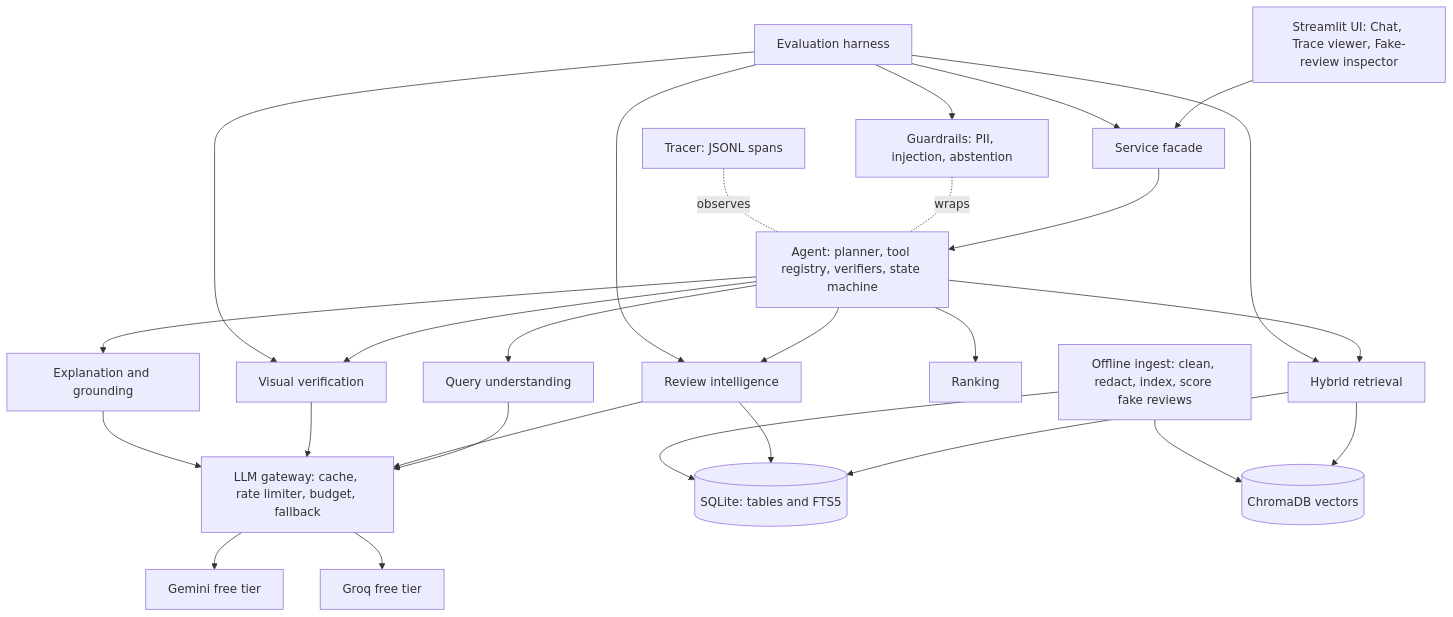
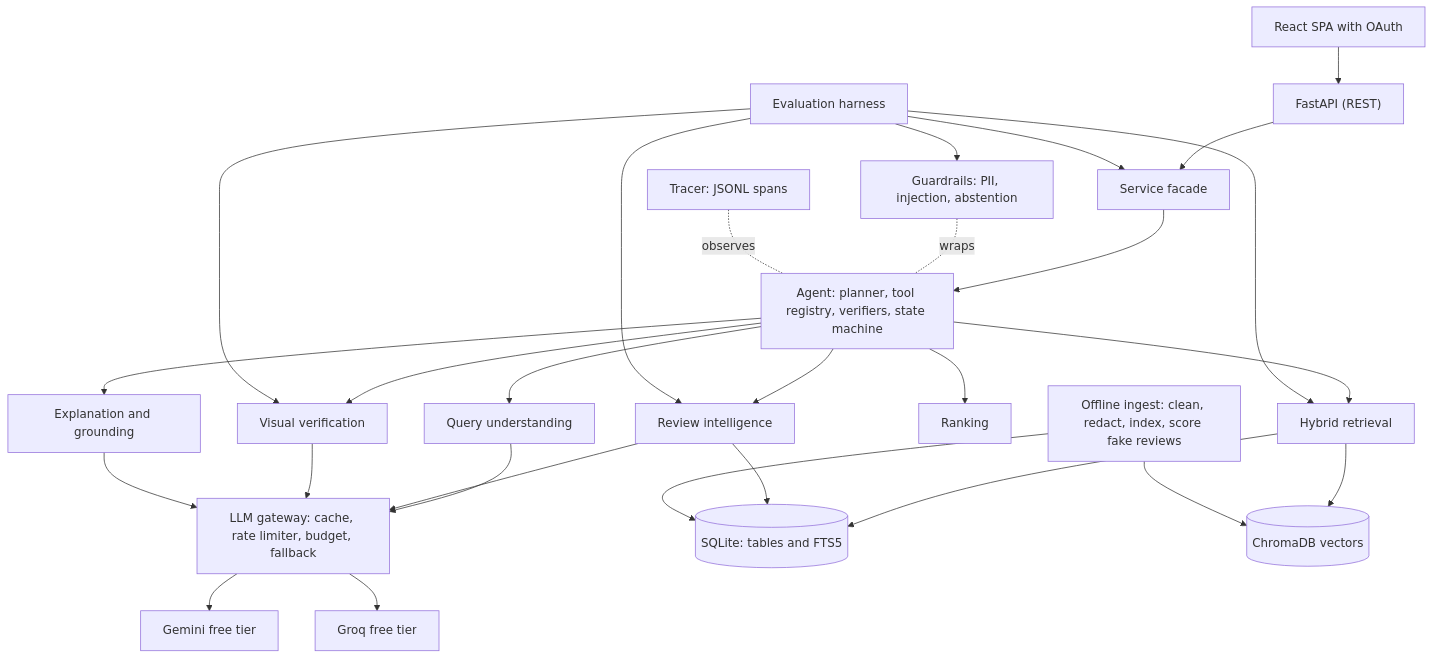
One commit to Raiom007/AI-product-advisor changed the first of 3 diagrams in Docs/ARCHITECTURE.md. Above: the diagram before and after it, drawn with Mermaid. The commit also changed 77 other files, not shown here.

````diff
--- a/Docs/ARCHITECTURE.md
+++ b/Docs/ARCHITECTURE.md
@@ -36,29 +36,29 @@
 ```mermaid
 flowchart TB
-  UI["Streamlit UI: Chat, Trace viewer, Fake-review inspector"] --> SVC["Service facade"]
+  UI["React SPA with OAuth"] --> API["FastAPI (REST)"] --> SVC["Service facade"]
   SVC --> AG["Agent: planner, tool registry, verifiers, state machine"]
   AG --> QU["Query understanding"]
   AG --> RET["Hybrid retrieval"]
   AG --> REV["Review intelligence"]
   AG --> VIS["Visual verification"]
   AG --> RNK["Ranking"]
   AG --> EXP["Explanation and grounding"]
   QU --> GW["LLM gateway: cache, rate limiter, budget, fallback"]
   REV --> GW
   VIS --> GW
   EXP --> GW
   GW --> GEM["Gemini free tier"]
   GW --> GRQ["Groq free tier"]
   RET --> SQL[("SQLite: tables and FTS5")]
   RET --> CH[("ChromaDB vectors")]
   REV --> SQL
   GRD["Guardrails: PII, injection, abstention"] -.wraps.- AG
   TRC["Tracer: JSONL spans"] -.observes.- AG
   ING["Offline ingest: clean, redact, index, score fake reviews"] --> SQL
   ING --> CH
   EVAL["Evaluation harness"] --> SVC
   EVAL --> RET
   EVAL --> REV
   EVAL --> VIS
   EVAL --> GRD
 ```
````
